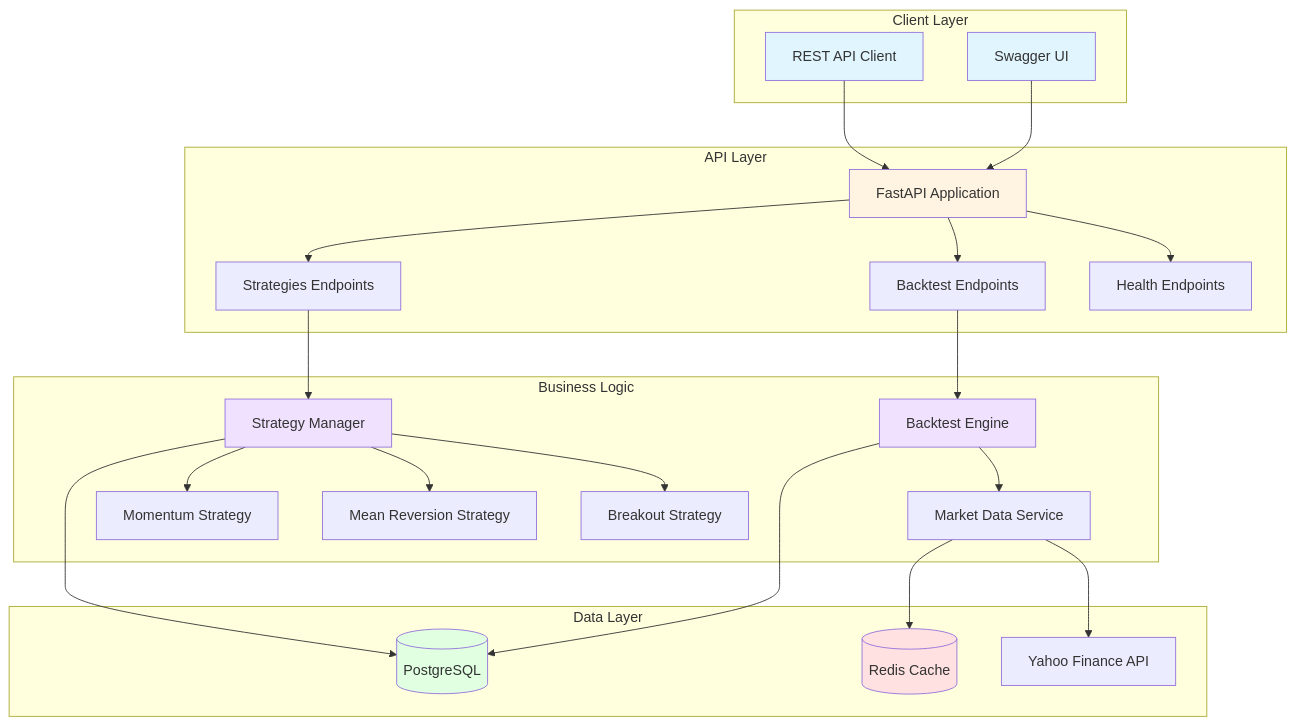
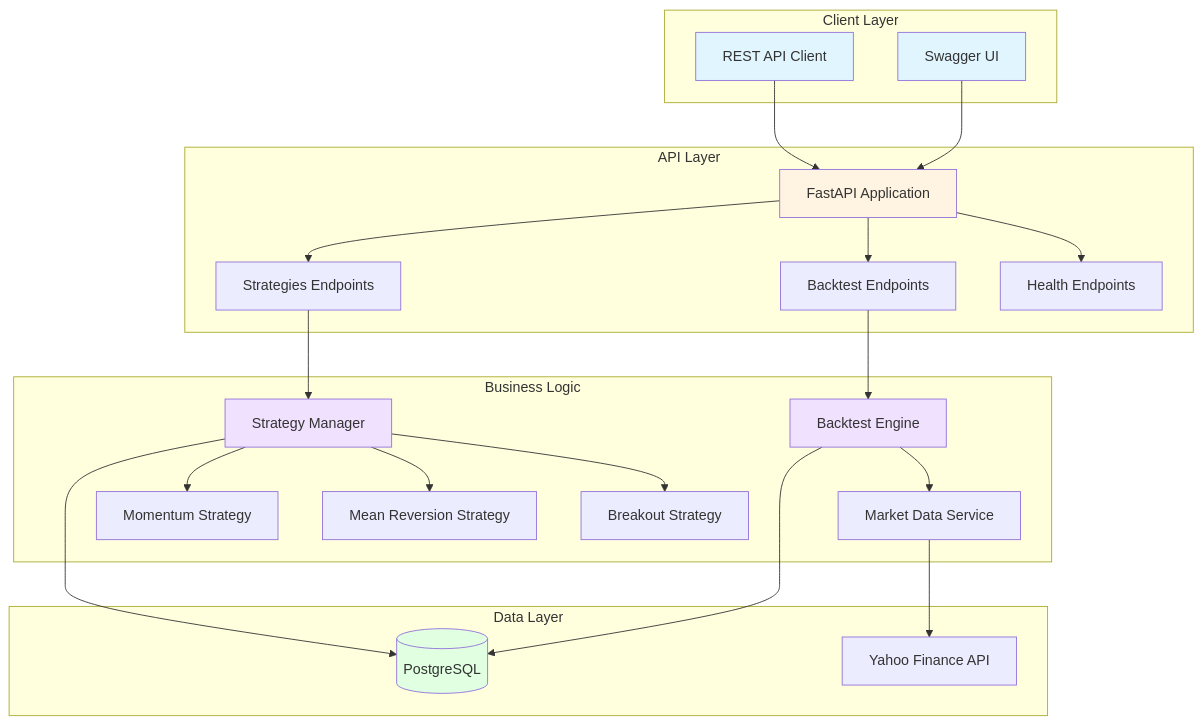
One commit to galafis/quantitative-trading-engine changed the diagram in docs/architecture.mmd. Above: the diagram before and after it, drawn with Mermaid. The commit also changed 13 other files, not shown here.

```diff
--- a/docs/architecture.mmd
+++ b/docs/architecture.mmd
@@ -1,51 +1,48 @@
 graph TB
     subgraph "Client Layer"
         A[REST API Client]
         B[Swagger UI]
     end
     
     subgraph "API Layer"
         C[FastAPI Application]
         D[Strategies Endpoints]
         E[Backtest Endpoints]
         F[Health Endpoints]
     end
     
     subgraph "Business Logic"
         G[Strategy Manager]
         H[Backtest Engine]
         I[Market Data Service]
         J[Momentum Strategy]
         K[Mean Reversion Strategy]
         L[Breakout Strategy]
     end
     
     subgraph "Data Layer"
         M[(PostgreSQL)]
-        N[(Redis Cache)]
         O[Yahoo Finance API]
     end
     
     A --> C
     B --> C
     C --> D
     C --> E
     C --> F
     D --> G
     E --> H
     G --> J
     G --> K
     G --> L
     H --> I
     I --> O
     G --> M
     H --> M
-    I --> N
     
     style A fill:#e1f5ff
     style B fill:#e1f5ff
     style C fill:#fff4e1
     style G fill:#f0e1ff
     style H fill:#f0e1ff
     style M fill:#e1ffe1
-    style N fill:#ffe1e1
```
